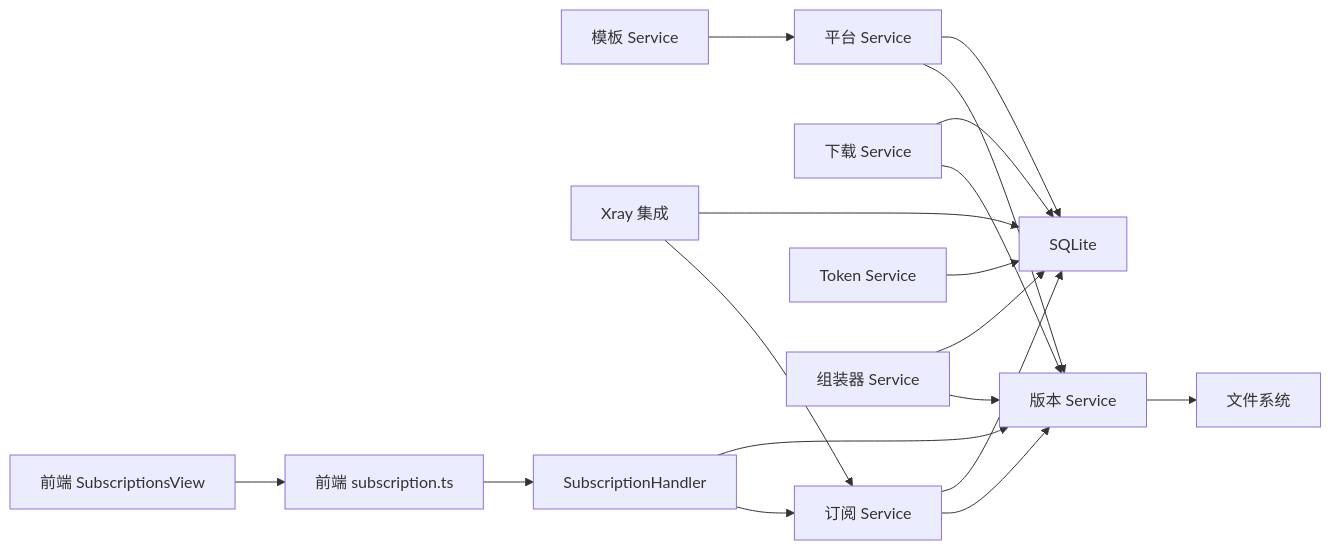
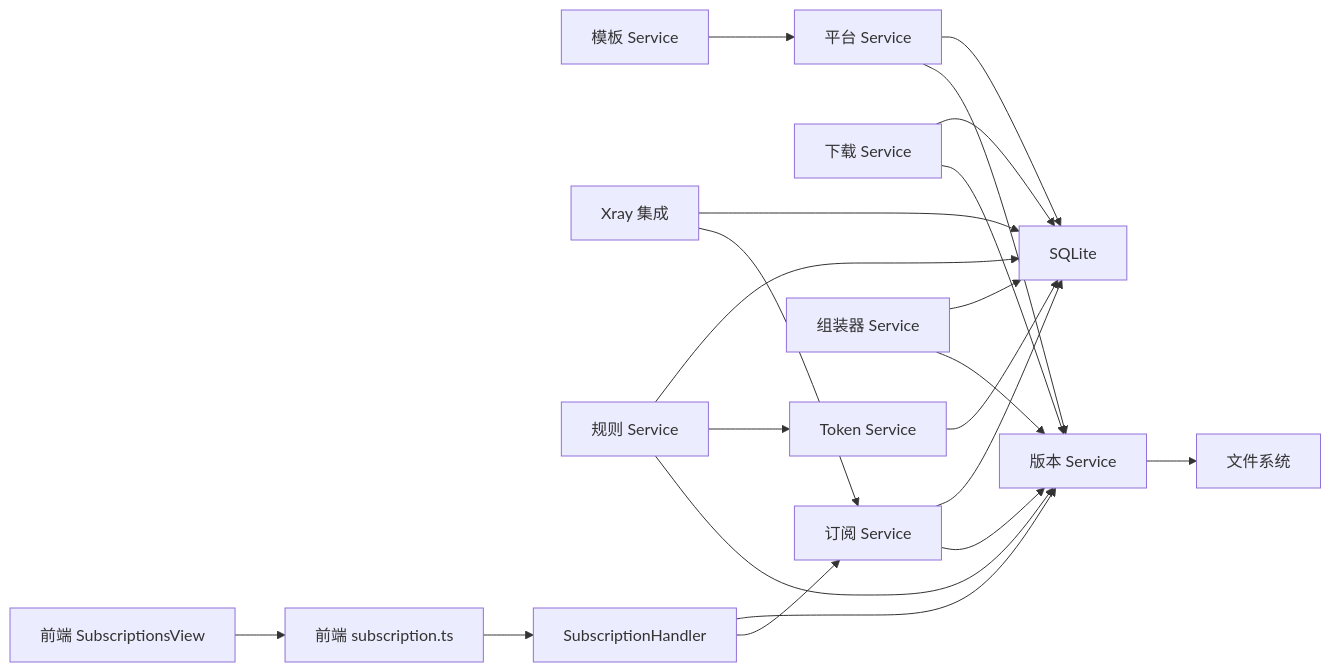
The tenth of 10 diagrams in .qoder/repowiki/zh/content/核心功能模块/订阅管理系统.md (AlcaProphet/VPN-Subscription-Management), drawn with Mermaid before and after one commit. The commit also changed other lines of this file and 20 other files, not shown here.

````diff
--- a/.qoder/repowiki/zh/content/核心功能模块/订阅管理系统.md
+++ b/.qoder/repowiki/zh/content/核心功能模块/订阅管理系统.md
@@ -439,20 +485,23 @@
 ```mermaid
 graph LR
 Sub["订阅 Service"] --> Ver["版本 Service"]
 Sub --> DB["SQLite"]
 Ver --> FS["文件系统"]
 DL["下载 Service"] --> Ver
 DL --> DB
 Plat["平台 Service"] --> Ver
 Plat --> DB
 Tok["Token Service"] --> DB
 Asm["组装器 Service"] --> Ver
 Asm --> DB
 Template["模板 Service"] --> Plat
 Xray["Xray 集成"] --> Sub
 Xray --> DB
+Rule["规则 Service"] --> Ver
+Rule --> Tok
+Rule --> DB
 FE["前端 SubscriptionsView"] --> API["前端 subscription.ts"]
 API --> Srv["SubscriptionHandler"]
 Srv --> Sub
 Srv --> Ver
 ```
````
